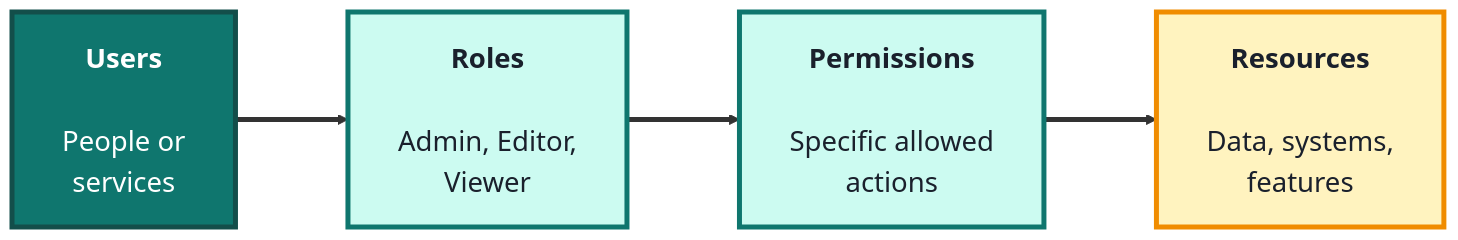
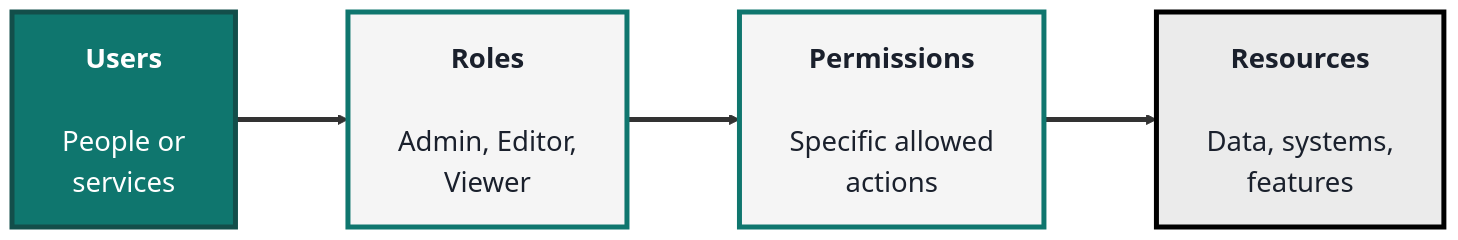
One commit to SHEMODELTECH/shemodeltech changed the second of 3 diagrams in src/Pages/courses/TechGuard/module-5-identity-access-management.md. Above: the diagram before and after it, drawn with Mermaid. The commit also changed other lines of this file and 46 other files, not shown here.

````diff
--- a/src/Pages/courses/TechGuard/module-5-identity-access-management.md
+++ b/src/Pages/courses/TechGuard/module-5-identity-access-management.md
@@ -91,16 +91,16 @@
 ```mermaid
 %%{init: {'theme':'base', 'themeVariables': {'fontSize':'22px', 'primaryTextColor':'#1a202c', 'primaryBorderColor':'#134e4a', 'lineColor':'#333333'}, 'flowchart': {'nodeSpacing': 70, 'rankSpacing': 90, 'padding': 20}}}%%
 flowchart LR
     U["<b>Users</b><br/><br/>People or<br/>services"]
     RO["<b>Roles</b><br/><br/>Admin, Editor,<br/>Viewer"]
     PE["<b>Permissions</b><br/><br/>Specific allowed<br/>actions"]
     RES["<b>Resources</b><br/><br/>Data, systems,<br/>features"]
 
     U ==> RO ==> PE ==> RES
 
     style U fill:#0f766e,color:#fff,stroke:#134e4a,stroke-width:4px
-    style RO fill:#ccfbf1,color:#1a202c,stroke:#0f766e,stroke-width:4px
-    style PE fill:#ccfbf1,color:#1a202c,stroke:#0f766e,stroke-width:4px
-    style RES fill:#fff3bf,color:#1a202c,stroke:#f08c00,stroke-width:4px
+    style RO fill:#F5F5F5,color:#1a202c,stroke:#0f766e,stroke-width:4px
+    style PE fill:#F5F5F5,color:#1a202c,stroke:#0f766e,stroke-width:4px
+    style RES fill:#EBEBEB,color:#1a202c,stroke:#000000,stroke-width:4px
     linkStyle default stroke-width:4px,stroke:#333333
 ```
````
